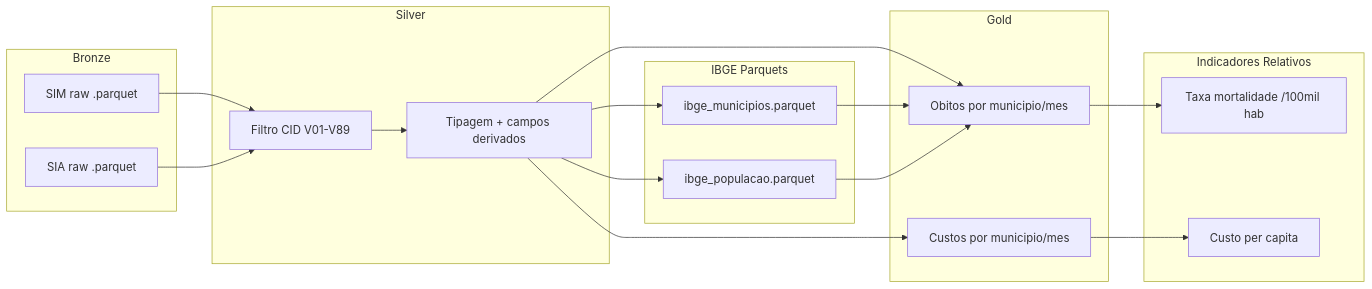
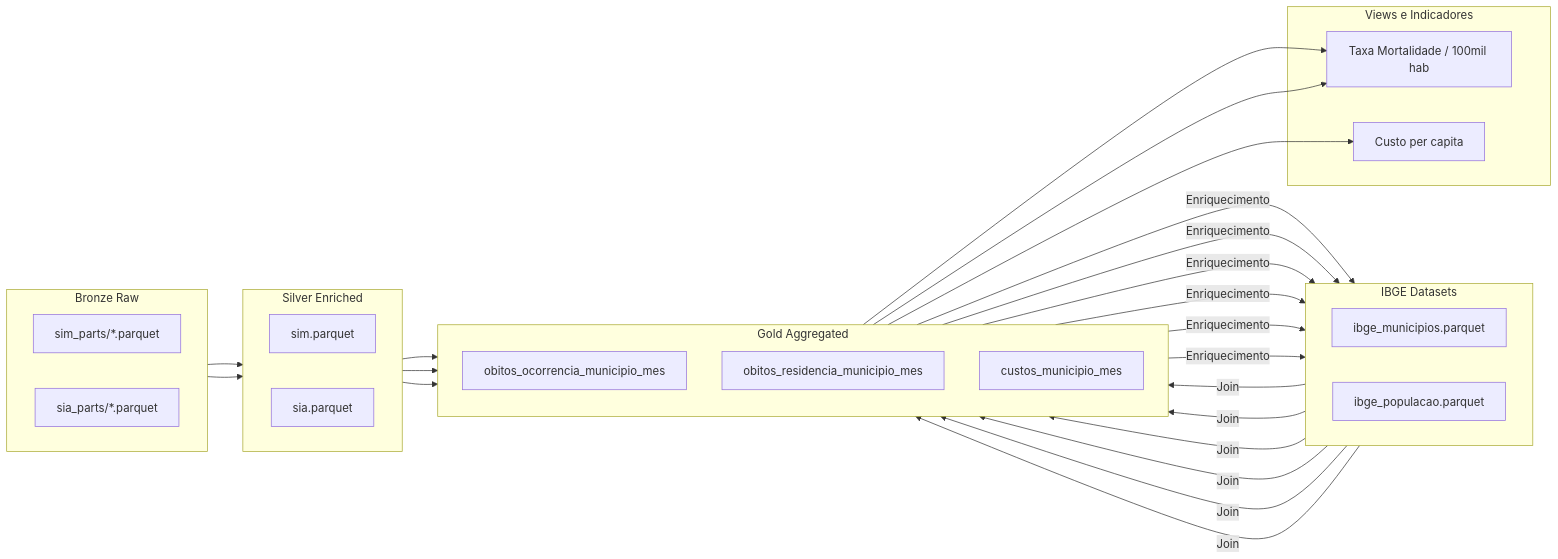
Before and after one commit to thallyslemos/tcc-pipeline-transito-sus: the second of 3 diagrams in docs/ARCHITECTURE.md, drawn with Mermaid. The commit also changed other lines of this file and 3 other files, not shown here.

````diff
--- a/docs/ARCHITECTURE.md
+++ b/docs/ARCHITECTURE.md
@@ -43,39 +45,48 @@
 ```mermaid
 flowchart LR
-    subgraph Bronze[Bronze]
-        B1[SIM raw .parquet]
-        B2[SIA raw .parquet]
+    subgraph Bronze[Bronze Raw]
+        direction LR
+        B1[sim_parts/*.parquet]
+        B2[sia_parts/*.parquet]
     end
 
-    subgraph Silver[Silver]
-        S1[Filtro CID V01-V89]
-        S2[Tipagem + campos derivados]
+    subgraph Silver[Silver Enriched]
+        direction LR
+        S1[sim.parquet]
+        S2[sia.parquet]
     end
 
-    subgraph IBGE[IBGE Parquets]
+    subgraph IBGE[IBGE Datasets]
+        direction LR
         IM[ibge_municipios.parquet]
         IP[ibge_populacao.parquet]
     end
 
-    subgraph Gold[Gold]
-        G1[Obitos por municipio/mes]
-        G2[Custos por municipio/mes]
+    subgraph Gold[Gold Aggregated]
+        direction TB
+        G_Ocorrencia[obitos_ocorrencia_municipio_mes]
+        G_Residencia[obitos_residencia_municipio_mes]
+        G_Custos[custos_municipio_mes]
     end
-
-    subgraph Indicadores[Indicadores Relativos]
-        I1[Taxa mortalidade /100mil hab]
+    
+    subgraph Indicadores[Views e Indicadores]
+        I1[Taxa Mortalidade / 100mil hab]
         I2[Custo per capita]
     end
 
     B1 --> S1
-    B2 --> S1
-    S1 --> S2
-    S2 --> IM
-    S2 --> IP
-    S2 --> G1
-    S2 --> G2
-    IM --> G1
-    IP --> G1
-    G1 --> I1
-    G2 --> I2
+    B2 --> S2
+    
+    S1 --> G_Ocorrencia
+    S1 --> G_Residencia
+    S2 --> G_Custos
+    
+    G_Ocorrencia & G_Residencia & G_Custos -- Enriquecimento --> IM
+    G_Ocorrencia & G_Residencia & G_Custos -- Enriquecimento --> IP
+    
+    IM & IP -- Join --> G_Ocorrencia & G_Residencia & G_Custos
+    
+    G_Ocorrencia --> I1
+    G_Residencia --> I1
+    G_Custos --> I2
 ```
````
